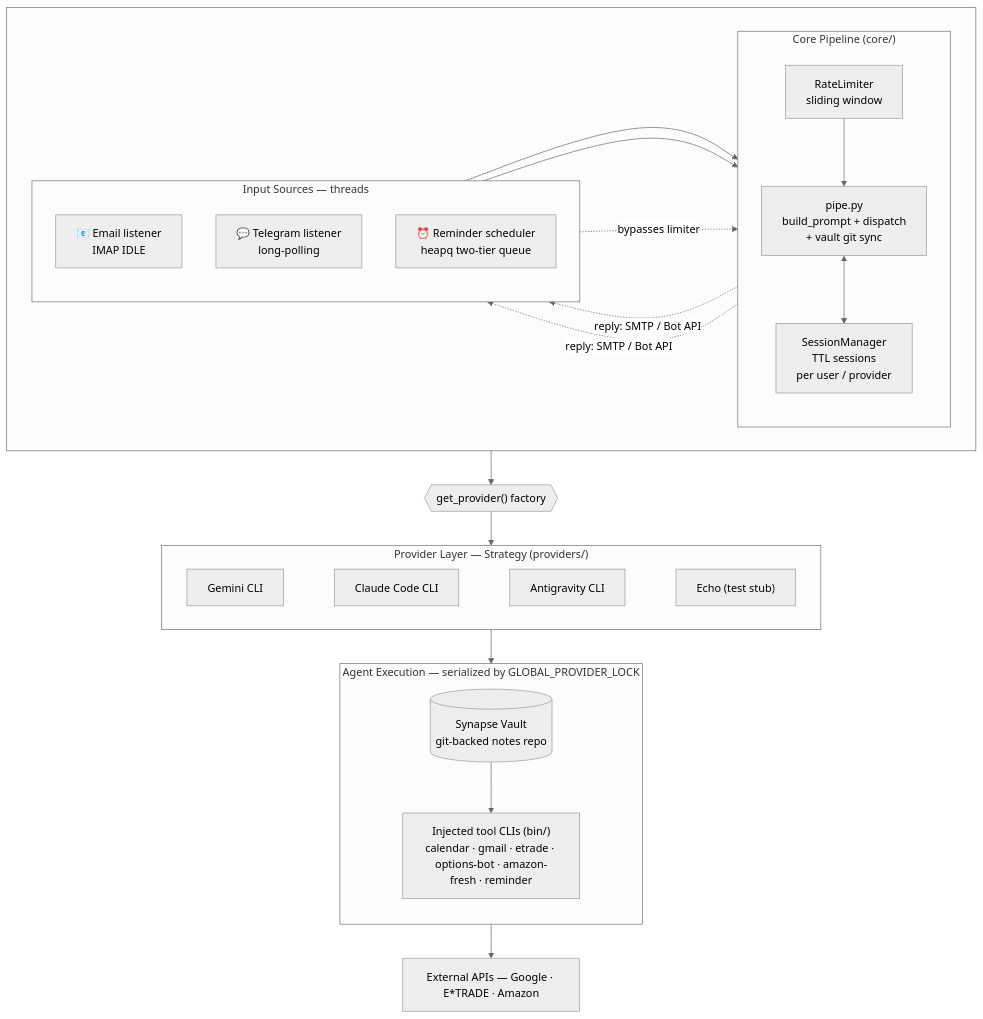
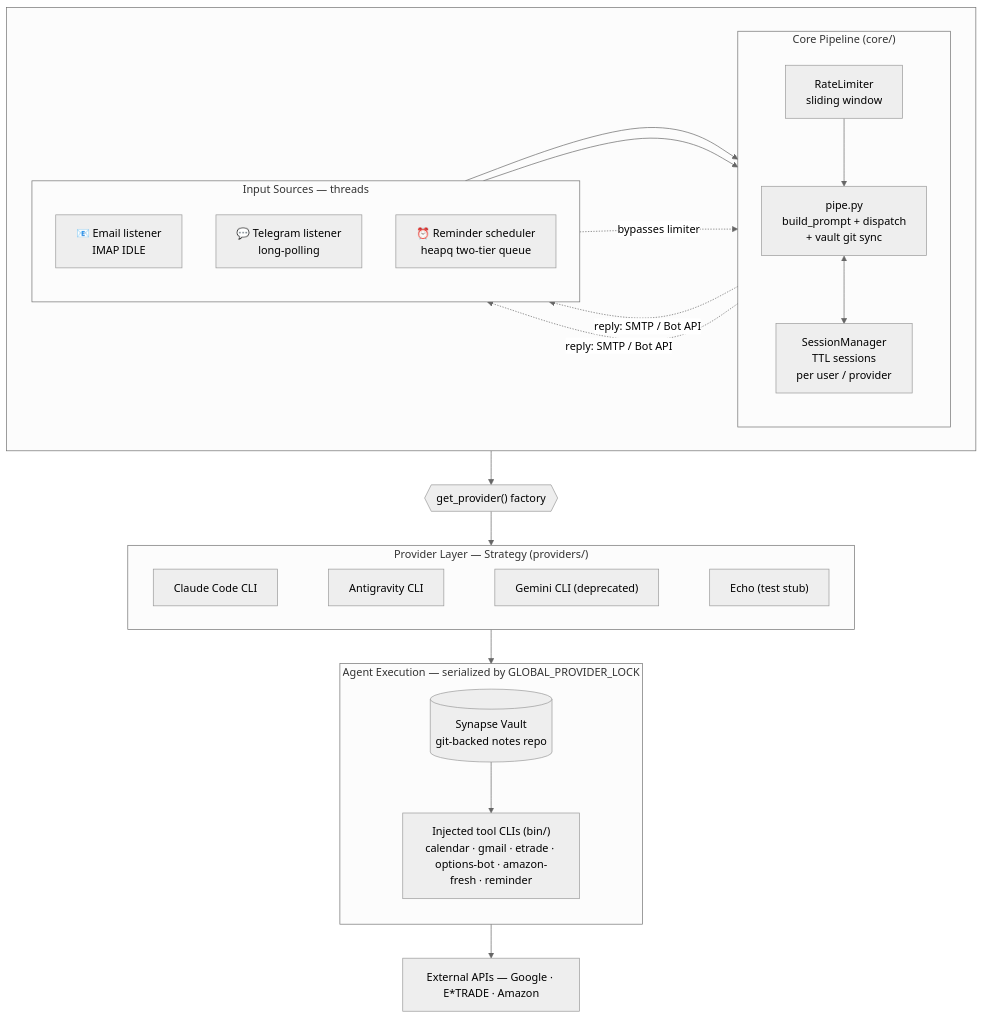
The diagram in README.md (kristianolsson/synapse-engine), drawn with Mermaid (neutral theme) before and after one commit. The commit also changed other lines of this file, not shown here.

Commit message:
Reorder AI provider docs: Claude Code first, agy replaces deprecated Gemini CLI

````diff
--- a/README.md
+++ b/README.md
@@ -24,49 +24,49 @@
 ```mermaid
 flowchart TB
     subgraph top[" "]
         direction LR
         subgraph core["Core Pipeline (core/)"]
             direction TB
             RL["RateLimiter<br/>sliding window"]
             PIPE["pipe.py<br/>build_prompt + dispatch<br/>+ vault git sync"]
             SM["SessionManager<br/>TTL sessions<br/>per user / provider"]
             RL --> PIPE
             PIPE <--> SM
         end
         subgraph inputs["Input Sources — threads"]
             direction TB
             EM["📧 Email listener<br/>IMAP IDLE"]
             TG["💬 Telegram listener<br/>long-polling"]
             SC["⏰ Reminder scheduler<br/>heapq two-tier queue"]
         end
     end
 
     FACT{{"get_provider() factory"}}
 
     subgraph prov["Provider Layer — Strategy (providers/)"]
         direction LR
-        GEM["Gemini CLI"]
         CLA["Claude Code CLI"]
         AGY["Antigravity CLI"]
+        GEM["Gemini CLI (deprecated)"]
         ECHO["Echo (test stub)"]
-        GEM ~~~ CLA ~~~ AGY ~~~ ECHO
+        CLA ~~~ AGY ~~~ GEM ~~~ ECHO
     end
 
     subgraph exec["Agent Execution — serialized by GLOBAL_PROVIDER_LOCK"]
         direction TB
         VAULT[("Synapse Vault<br/>git-backed notes repo")]
         TOOLS["Injected tool CLIs (bin/)<br/>calendar · gmail · etrade · options-bot · amazon-fresh · reminder"]
         VAULT --> TOOLS
     end
 
     EXT["External APIs — Google · E*TRADE · Amazon"]
 
     EM --> RL
     TG --> RL
     SC -. "bypasses limiter" .-> PIPE
     core --> FACT
     FACT --> prov
     prov --> exec
     TOOLS --> EXT
     PIPE -. "reply: SMTP / Bot API" .-> EM & TG
 ```
````
